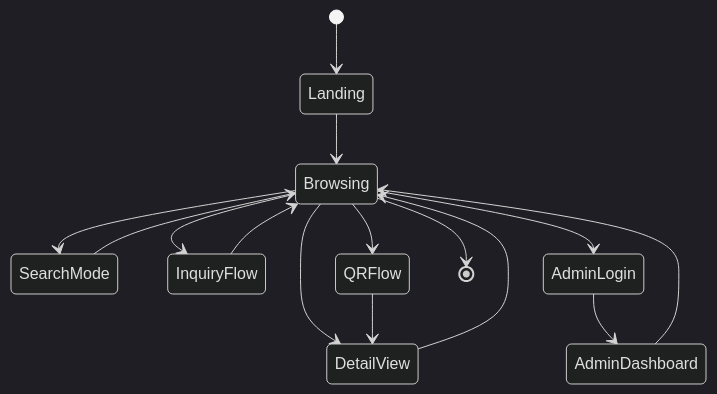
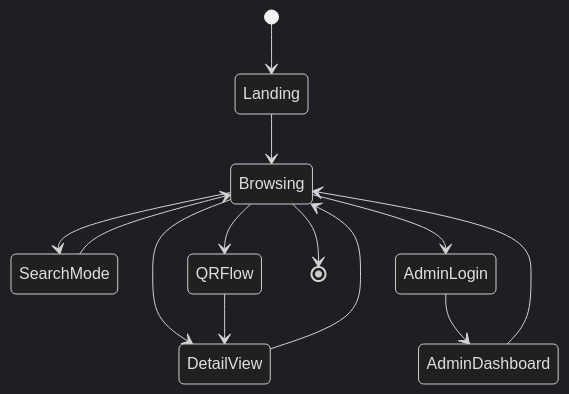
Before and after one commit to satyansh911/InStadiumWeb: diagram 12 of 15 in README.md, drawn with Mermaid (dark theme). The commit also changed other lines of this file, not shown here.

Commit message:
routing architecture diagram updated

````diff
--- a/README.md
+++ b/README.md
@@ -338,17 +313,15 @@
 ```mermaid
 stateDiagram-v2
       [*] --> Landing
       Landing --> Browsing
       Browsing --> SearchMode
       SearchMode --> Browsing
       Browsing --> DetailView
       DetailView --> Browsing
-      Browsing --> InquiryFlow
-      InquiryFlow --> Browsing
       Browsing --> QRFlow
       QRFlow --> DetailView
       Browsing --> AdminLogin
       AdminLogin --> AdminDashboard
       AdminDashboard --> Browsing
       Browsing --> [*]
 ```
````
